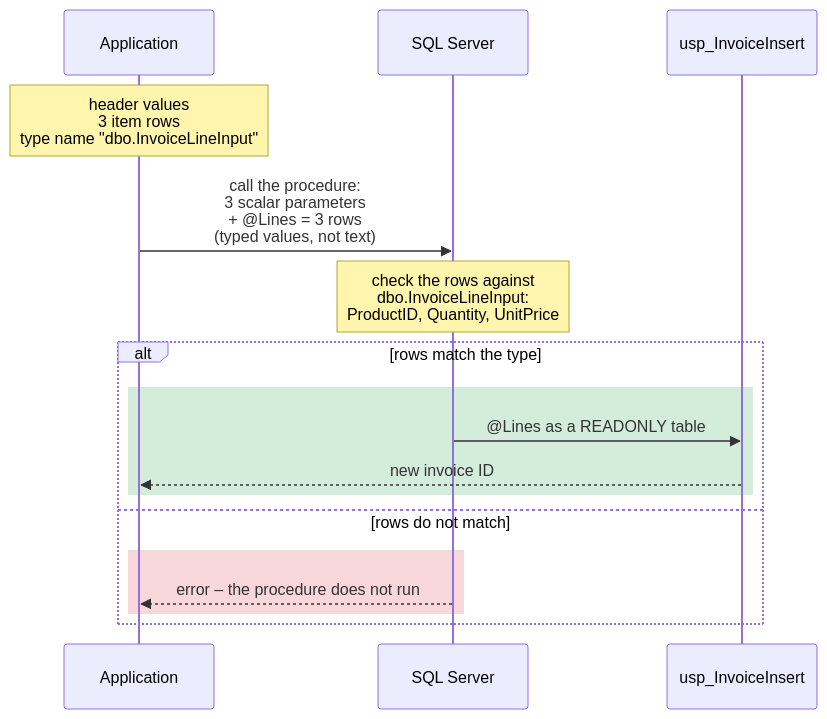
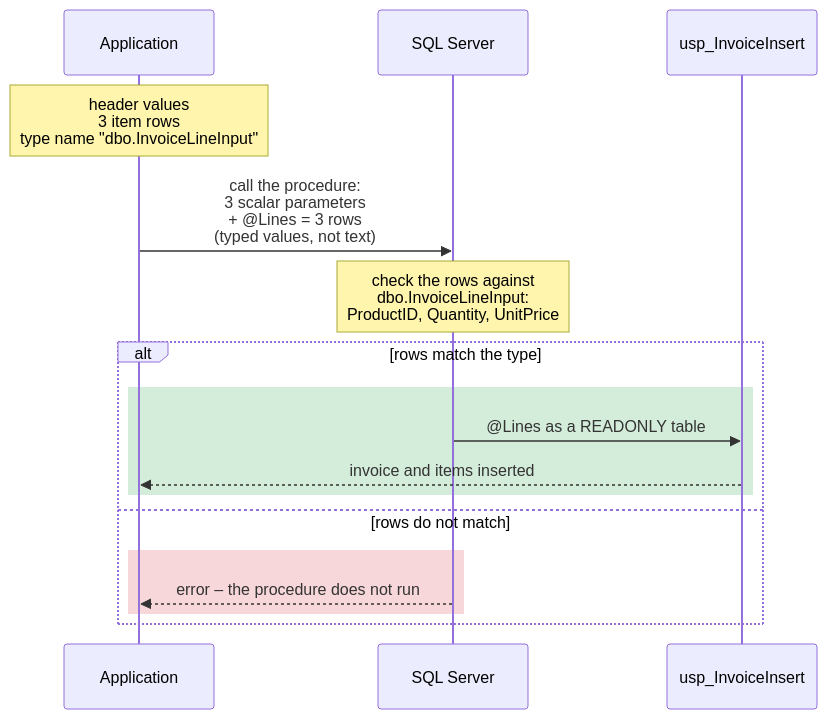
One commit to tjovic/database-design-labs-public changed the third of 4 diagrams in labs/lab08-complex-parameters.md. Above: the diagram before and after it, drawn with Mermaid. The commit also changed other lines of this file, not shown here.

````diff
--- a/labs/lab08-complex-parameters.md
+++ b/labs/lab08-complex-parameters.md
@@ -1907,19 +1895,19 @@
 ```mermaid
 sequenceDiagram
     participant A as Application
     participant S as SQL Server
     participant P as usp_InvoiceInsert
     Note over A: header values<br/>3 item rows<br/>type name "dbo.InvoiceLineInput"
     A->>S: call the procedure:<br/>3 scalar parameters<br/>+ @Lines = 3 rows<br/>(typed values, not text)
     Note over S: check the rows against<br/>dbo.InvoiceLineInput:<br/>ProductID, Quantity, UnitPrice
     alt rows match the type
         rect rgb(212, 237, 218)
         S->>P: @Lines as a READONLY table
-        P-->>A: new invoice ID
+        P-->>A: invoice and items inserted
         end
     else rows do not match
         rect rgb(248, 215, 218)
         S-->>A: error – the procedure does not run
         end
     end
 ```
````
